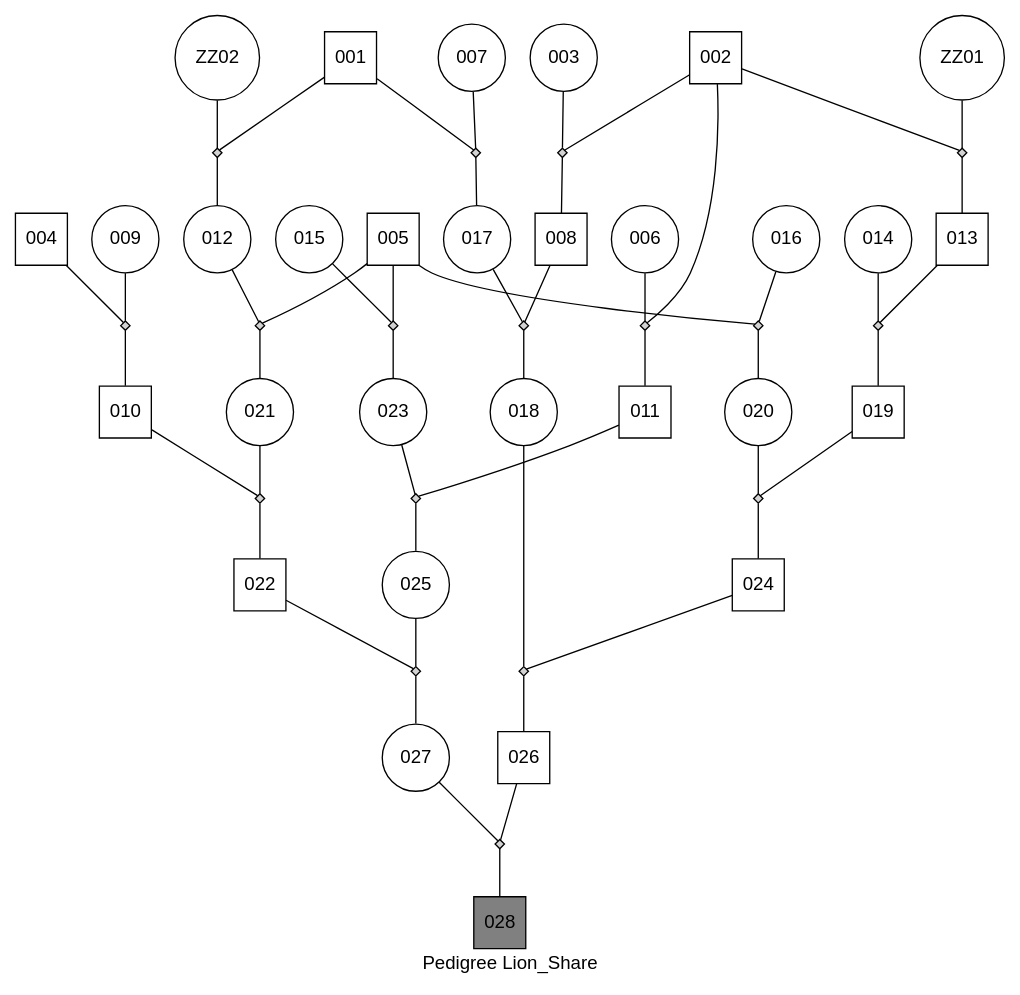
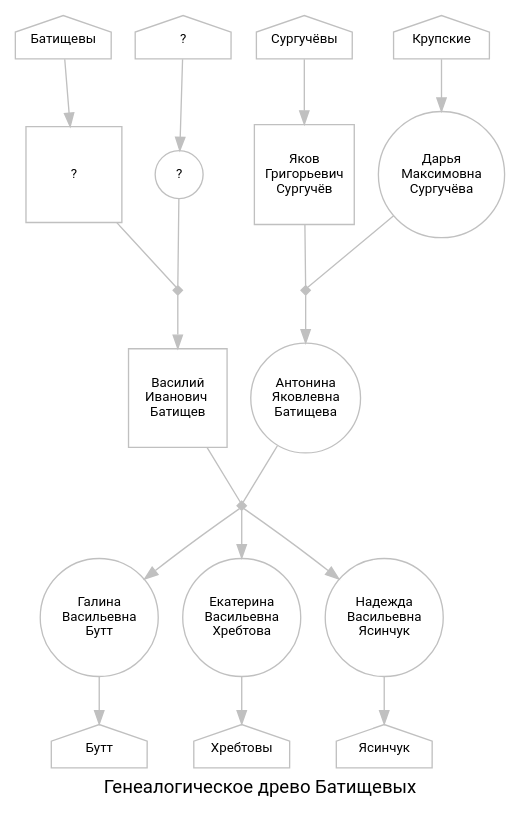
Before and after one commit to EryxSpp/VM: the diagram in Батищевы/index.qmd, drawn with Graphviz. The commit also changed other lines of this file and 19 other files, not shown here.

Commit message:
mermaid schema removed

````diff
--- a/Батищевы/index.qmd
+++ b/Батищевы/index.qmd
@@ -44,110 +11,50 @@
 ```{dot}
-digraph Ped_Lion_Share           {
-fontname="Helvetica,Arial,sans-serif"
-node [fontname="Helvetica,Arial,sans-serif"]
-edge [fontname="Helvetica,Arial,sans-serif"]
+digraph Батищевы           {
+fontname="Roboto,Helvetica,Arial,sans-serif"
+node [fontname="Roboto,Helvetica,Arial,sans-serif", fontsize=10, color=silver]
+edge [fontname="Roboto,Helvetica,Arial,sans-serif", fontsize=10, color=silver]
+
 # page = "8.2677165,11.692913" ;
 ratio = "auto" ;
 mincross = 2.0 ;
-label = "Pedigree Lion_Share" ;
+label = "Генеалогическое древо Батищевых" ;
 
-"001" [shape=box     , regular=1,style=filled,fillcolor=white   ] ;
-"002" [shape=box     , regular=1,style=filled,fillcolor=white   ] ;
-"003" [shape=circle  , regular=1,style=filled,fillcolor=white   ] ;
-"004" [shape=box     , regular=1,style=filled,fillcolor=white   ] ;
-"005" [shape=box     , regular=1,style=filled,fillcolor=white   ] ;
-"006" [shape=circle  , regular=1,style=filled,fillcolor=white   ] ;
-"007" [shape=circle  , regular=1,style=filled,fillcolor=white   ] ;
-"009" [shape=circle  , regular=1,style=filled,fillcolor=white   ] ;
-"014" [shape=circle  , regular=1,style=filled,fillcolor=white   ] ;
-"015" [shape=circle  , regular=1,style=filled,fillcolor=white   ] ;
-"016" [shape=circle  , regular=1,style=filled,fillcolor=white   ] ;
-"ZZ01" [shape=circle  , regular=1,style=filled,fillcolor=white   ] ;
-"ZZ02" [shape=circle  , regular=1,style=filled,fillcolor=white   ] ;
-"017" [shape=circle  , regular=1,style=filled,fillcolor=white   ] ;
-"012" [shape=circle  , regular=1,style=filled,fillcolor=white   ] ;
-"008" [shape=box     , regular=1,style=filled,fillcolor=white   ] ;
-"011" [shape=box     , regular=1,style=filled,fillcolor=white   ] ;
-"013" [shape=box     , regular=1,style=filled,fillcolor=white   ] ;
-"010" [shape=box     , regular=1,style=filled,fillcolor=white   ] ;
-"023" [shape=circle  , regular=1,style=filled,fillcolor=white   ] ;
-"020" [shape=circle  , regular=1,style=filled,fillcolor=white   ] ;
-"021" [shape=circle  , regular=1,style=filled,fillcolor=white   ] ;
-"018" [shape=circle  , regular=1,style=filled,fillcolor=white   ] ;
-"025" [shape=circle  , regular=1,style=filled,fillcolor=white   ] ;
-"019" [shape=box     , regular=1,style=filled,fillcolor=white   ] ;
-"022" [shape=box     , regular=1,style=filled,fillcolor=white   ] ;
-"024" [shape=box     , regular=1,style=filled,fillcolor=white   ] ;
-"027" [shape=circle  , regular=1,style=filled,fillcolor=white   ] ;
-"026" [shape=box     , regular=1,style=filled,fillcolor=white   ] ;
-"028" [shape=box     , regular=1,style=filled,fillcolor=grey    ] ;
-"marr0001" [shape=diamond,style=filled,label="",height=.1,width=.1] ;
-"001" -> "marr0001" [dir=none,weight=1] ;
-"007" -> "marr0001" [dir=none,weight=1] ;
-"marr0001" -> "017" [dir=none, weight=2] ;
-"marr0002" [shape=diamond,style=filled,label="",height=.1,width=.1] ;
-"001" -> "marr0002" [dir=none,weight=1] ;
-"ZZ02" -> "marr0002" [dir=none,weight=1] ;
-"marr0002" -> "012" [dir=none, weight=2] ;
-"marr0003" [shape=diamond,style=filled,label="",height=.1,width=.1] ;
-"002" -> "marr0003" [dir=none,weight=1] ;
-"003" -> "marr0003" [dir=none,weight=1] ;
-"marr0003" -> "008" [dir=none, weight=2] ;
-"marr0004" [shape=diamond,style=filled,label="",height=.1,width=.1] ;
-"002" -> "marr0004" [dir=none,weight=1] ;
-"006" -> "marr0004" [dir=none,weight=1] ;
-"marr0004" -> "011" [dir=none, weight=2] ;
-"marr0005" [shape=diamond,style=filled,label="",height=.1,width=.1] ;
-"002" -> "marr0005" [dir=none,weight=1] ;
-"ZZ01" -> "marr0005" [dir=none,weight=1] ;
-"marr0005" -> "013" [dir=none, weight=2] ;
-"marr0006" [shape=diamond,style=filled,label="",height=.1,width=.1] ;
-"004" -> "marr0006" [dir=none,weight=1] ;
-"009" -> "marr0006" [dir=none,weight=1] ;
-"marr0006" -> "010" [dir=none, weight=2] ;
-"marr0007" [shape=diamond,style=filled,label="",height=.1,width=.1] ;
-"005" -> "marr0007" [dir=none,weight=1] ;
-"015" -> "marr0007" [dir=none,weight=1] ;
-"marr0007" -> "023" [dir=none, weight=2] ;
-"marr0008" [shape=diamond,style=filled,label="",height=.1,width=.1] ;
-"005" -> "marr0008" [dir=none,weight=1] ;
-"016" -> "marr0008" [dir=none,weight=1] ;
-"marr0008" -> "020" [dir=none, weight=2] ;
-"marr0009" [shape=diamond,style=filled,label="",height=.1,width=.1] ;
-"005" -> "marr0009" [dir=none,weight=1] ;
-"012" -> "marr0009" [dir=none,weight=1] ;
-"marr0009" -> "021" [dir=none, weight=2] ;
-"marr0010" [shape=diamond,style=filled,label="",height=.1,width=.1] ;
-"008" -> "marr0010" [dir=none,weight=1] ;
-"017" -> "marr0010" [dir=none,weight=1] ;
-"marr0010" -> "018" [dir=none, weight=2] ;
-"marr0011" [shape=diamond,style=filled,label="",height=.1,width=.1] ;
-"011" -> "marr0011" [dir=none,weight=1] ;
-"023" -> "marr0011" [dir=none,weight=1] ;
-"marr0011" -> "025" [dir=none, weight=2] ;
-"marr0012" [shape=diamond,style=filled,label="",height=.1,width=.1] ;
-"013" -> "marr0012" [dir=none,weight=1] ;
-"014" -> "marr0012" [dir=none,weight=1] ;
-"marr0012" -> "019" [dir=none, weight=2] ;
-"marr0013" [shape=diamond,style=filled,label="",height=.1,width=.1] ;
-"010" -> "marr0013" [dir=none,weight=1] ;
-"021" -> "marr0013" [dir=none,weight=1] ;
-"marr0013" -> "022" [dir=none, weight=2] ;
-"marr0014" [shape=diamond,style=filled,label="",height=.1,width=.1] ;
-"019" -> "marr0014" [dir=none,weight=1] ;
-"020" -> "marr0014" [dir=none,weight=1] ;
-"marr0014" -> "024" [dir=none, weight=2] ;
-"marr0015" [shape=diamond,style=filled,label="",height=.1,width=.1] ;
-"022" -> "marr0015" [dir=none,weight=1] ;
-"025" -> "marr0015" [dir=none,weight=1] ;
-"marr0015" -> "027" [dir=none, weight=2] ;
-"marr0016" [shape=diamond,style=filled,label="",height=.1,width=.1] ;
-"024" -> "marr0016" [dir=none,weight=1] ;
-"018" -> "marr0016" [dir=none,weight=1] ;
-"marr0016" -> "026" [dir=none, weight=2] ;
-"marr0017" [shape=diamond,style=filled,label="",height=.1,width=.1] ;
-"026" -> "marr0017" [dir=none,weight=1] ;
-"027" -> "marr0017" [dir=none,weight=1] ;
-"marr0017" -> "028" [dir=none, weight=2] ;
+TPA[shape=house, fixedsize=true, regular=0,style=filled,fillcolor=white,label="Батищевы", width=1];
+PA[shape=box, regular=1,style=filled,fillcolor=white,label="?", width=1];
+TPA -> PA;
+TMA[shape=house, fixedsize=true, regular=0,style=filled,fillcolor=white,label="?", width=1];
+MA[shape=circle, regular=1,style=filled,fillcolor=white,label="?"];
+TMA -> MA;
+XA [shape=diamond,style=filled,label="",height=.1,width=.1] ;
+A [shape=box, regular=1,style=filled,fillcolor=white,label=" Василий \n  Иванович  \n Батищев ", width=1, URL="/VM/Батищевы/Василий_Иванович/index.qmd"];
+PA -> XA[dir=none,weight=1];
+MA -> XA[dir=none,weight=1];
+XA -> A[weight=1];
+TPB[shape=house, fixedsize=true, regular=0,style=filled,fillcolor=white,label="Сургучёвы", width=1];
+TPB -> PB;
+PB[shape=box, regular=1,style=filled,fillcolor=white,label="Яков\nГригорьевич\nСургучёв", width=1];
+TMB[shape=house, fixedsize=true, regular=0,style=filled,fillcolor=white,label="Крупские", width=1];
+MB[shape=circle, regular=1,style=filled,fillcolor=white,label="Дарья\nМаксимовна\nСургучёва", width=1];
+TMB -> MB;
+XB [shape=diamond,style=filled,label="",height=.1,width=.1] ;
+B [shape=circle, regular=1,style=filled,fillcolor=white,label="Антонина\nЯковлевна\nБатищева", width=1] ;
+PB -> XB[dir=none,weight=1];
+MB -> XB[dir=none,weight=1];
+XB -> B[weight=1];
+XC [shape=diamond,style=filled,label="",height=.1,width=.1] ;
+A -> XC[dir=none,weight=1];
+B -> XC[dir=none,weight=1];
+C1 [shape=circle, regular=1,style=filled,fillcolor=white,label="Галина\nВасильевна\nБутт", width=1] ;
+C2 [shape=circle, regular=1,style=filled,fillcolor=white,label="Екатерина\nВасильевна\nХребтова", width=1] ;
+C3 [shape=circle, regular=1,style=filled,fillcolor=white,label="Надежда\nВасильевна\nЯсинчук", width=1] ;
+XC -> C1;
+XC -> C2;
+XC -> C3;
+TC1[shape=house, fixedsize=true, regular=0,style=filled,fillcolor=white,label="Бутт", width=1];
+C1 ->TC1;
+TC2[shape=house, fixedsize=true, regular=0,style=filled,fillcolor=white,label="Хребтовы", width=1];
+C2 ->TC2;
+TC3[shape=house, fixedsize=true, regular=0,style=filled,fillcolor=white,label="Ясинчук", width=1];
+C3 ->TC3;
 }
 ```
````
